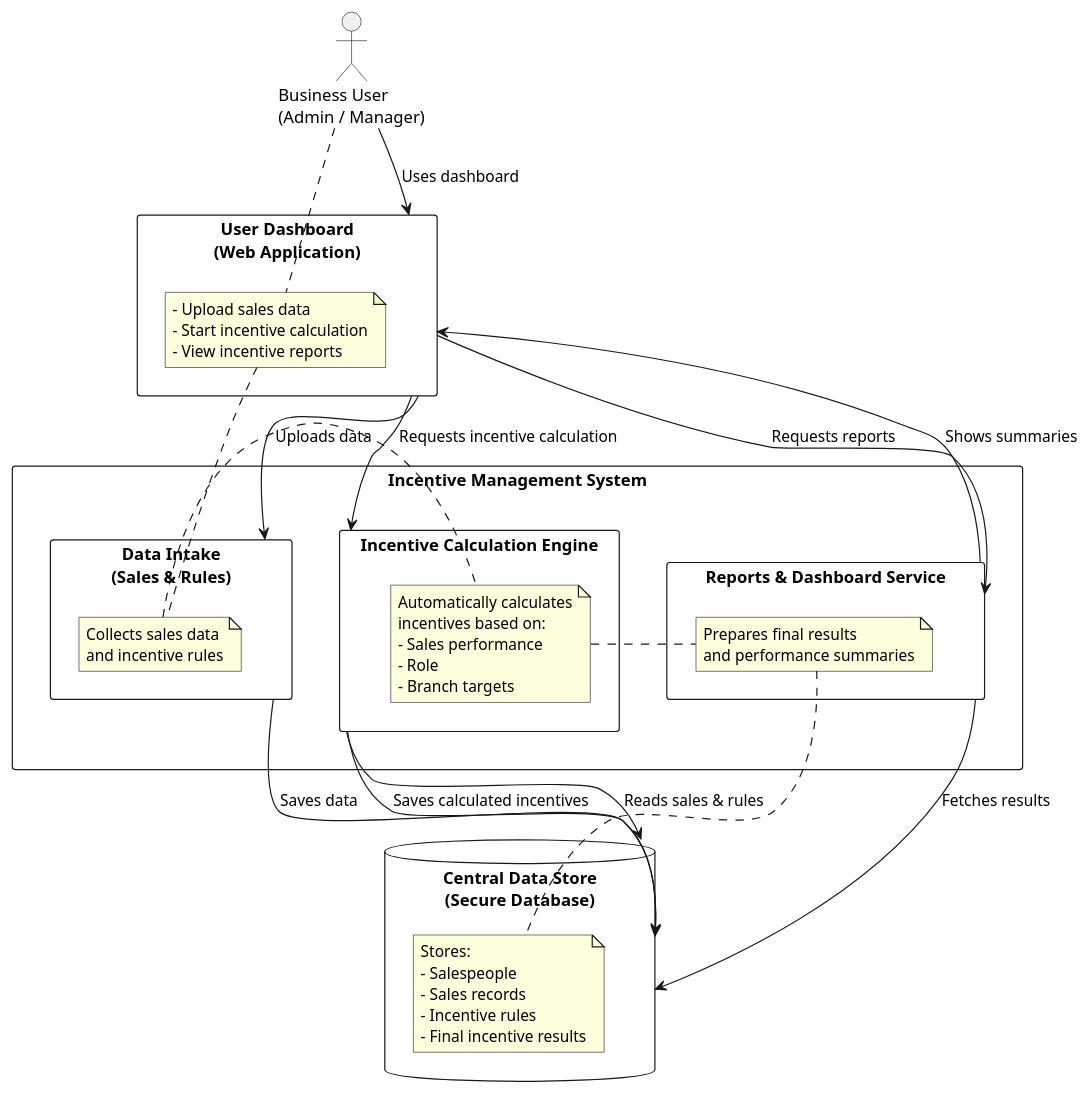
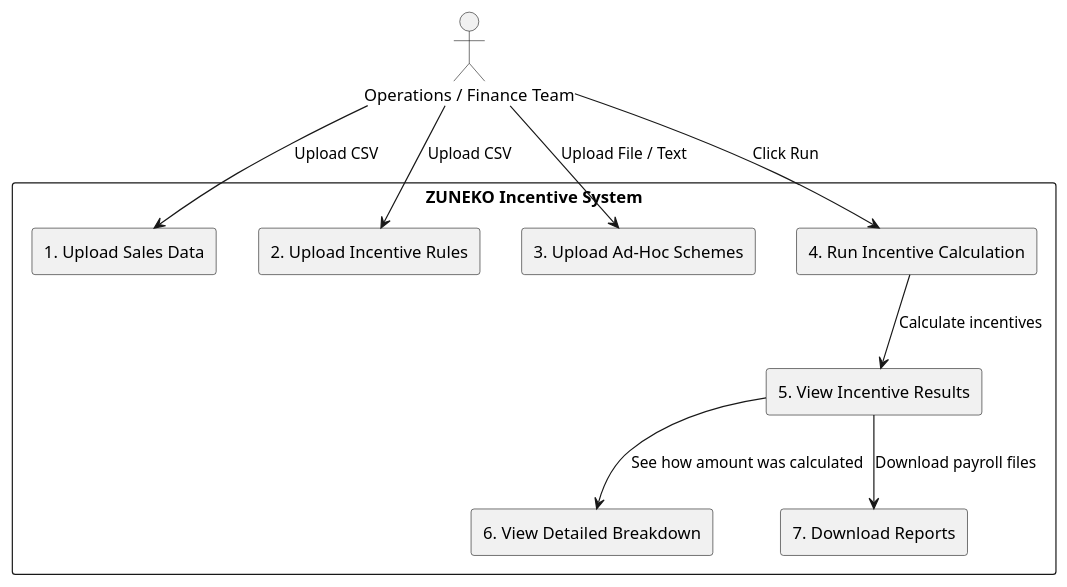
Before and after one commit to PriyankaJGupta2410/Zuneko_Incentive_Calculator: the second of 3 diagrams in README.md, drawn with PlantUML. The commit also changed other lines of this file, not shown here.

````diff
--- a/README.md
+++ b/README.md
@@ -120,66 +238,19 @@
-```plantuml
 @startuml
-skinparam componentStyle rectangle
-skinparam shadowing false
-
-actor "Business User\n(Admin / Manager)" as User
-
-component "User Dashboard\n(Web Application)" as UI {
-  note bottom
-    - Upload sales data
-    - Start incentive calculation
-    - View incentive reports
-  end note
+actor "Operations / Finance Team" as User
+rectangle "ZUNEKO Incentive System" {
+  rectangle "1. Upload Sales Data" as Sales
+  rectangle "2. Upload Incentive Rules" as Rules
+  rectangle "3. Upload Ad-Hoc Schemes" as Adhoc
+  rectangle "4. Run Incentive Calculation" as Calc
+  rectangle "5. View Incentive Results" as Results
+  rectangle "6. View Detailed Breakdown" as Breakdown
+  rectangle "7. Download Reports" as Export
 }
-
-component "Incentive Management System" as Backend {
-
-  component "Data Intake\n(Sales & Rules)" as Intake {
-    note right
-      Collects sales data
-      and incentive rules
-    end note
-  }
-
-  component "Incentive Calculation Engine" as Engine {
-    note right
-      Automatically calculates
-      incentives based on:
-      - Sales performance
-      - Role
-      - Branch targets
-    end note
-  }
-
-  component "Reports & Dashboard Service" as Reports {
-    note right
-      Prepares final results
-      and performance summaries
-    end note
-  }
-}
-
-database "Central Data Store\n(Secure Database)" as DB {
-  note bottom
-    Stores:
-    - Salespeople
-    - Sales records
-    - Incentive rules
-    - Final incentive results
-  end note
-}
-
-User --> UI : Uses dashboard
-UI --> Intake : Uploads data
-Intake --> DB : Saves data
-
-UI --> Engine : Requests incentive calculation
-Engine --> DB : Reads sales & rules
-Engine --> DB : Saves calculated incentives
-
-UI --> Reports : Requests reports
-Reports --> DB : Fetches results
-Reports --> UI : Shows summaries
-
+User --> Sales : Upload CSV
+User --> Rules : Upload CSV
+User --> Adhoc : Upload File / Text
+User --> Calc : Click Run
+Calc --> Results : Calculate incentives
+Results --> Breakdown : See how amount was calculated
+Results --> Export : Download payroll files
 @enduml
-```
````
